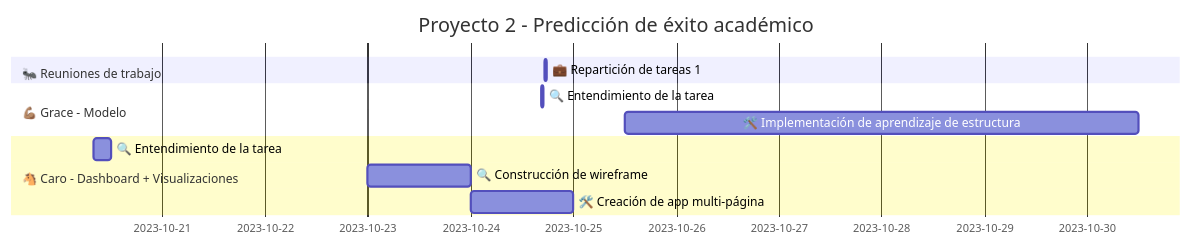
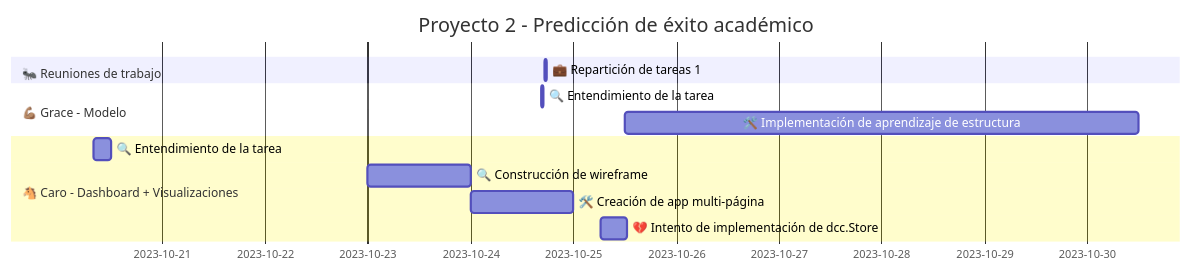
Before and after one commit to zcrodriguez/AC_IPP_P2: the diagram in README.md, drawn with Mermaid. The commit also changed other lines of this file and 1 other file, not shown here.

````diff
--- a/README.md
+++ b/README.md
@@ -5,14 +5,15 @@
 ```mermaid
 gantt
     title Proyecto 2 - Predicción de éxito académico
     dateFormat  YYYY-MM-DD
     section 🐜 Reuniones de trabajo
     💼 Repartición de tareas 1:2023-10-24 17:21,30m
     section 💪🏽 Grace - Modelo
     🔍 Entendimiento de la tarea:2023-10-24 16:30,40m
     🛠️ Implementación de aprendizaje de estructura: 2023-10-25 12:00, 5d
     section 🐴 Caro - Dashboard + Visualizaciones
     🔍 Entendimiento de la tarea:2023-10-20 8:00,4h
     🔍 Construcción de wireframe:2023-10-23,1d
     🛠️ Creación de app multi-página:2023-10-24,1d
+    💔 Intento de implementación de dcc.Store:2023-10-25 6:30, 6h
 ```
````
